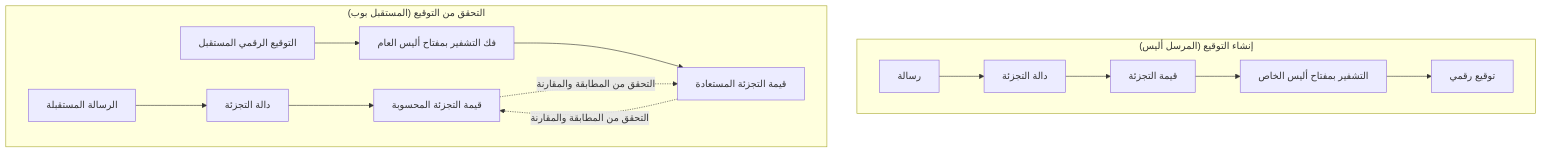
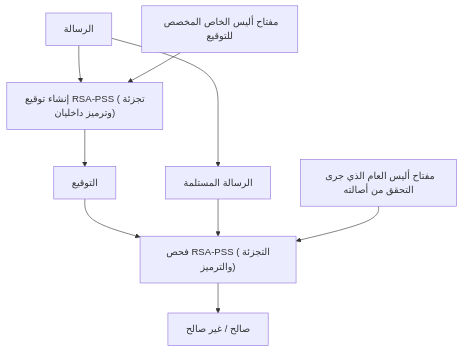
One commit to kenjinote/blog changed the second of 3 diagrams in content/post/modern-cryptography-public-key-hash-signature/index.ar.md. Above: the diagram before and after it, drawn with Mermaid. The commit also changed other lines of this file and 14 other files, not shown here.

````diff
--- a/content/post/modern-cryptography-public-key-hash-signature/index.ar.md
+++ b/content/post/modern-cryptography-public-key-hash-signature/index.ar.md
@@ -231,20 +217,11 @@
 ```mermaid
 graph TD
-    subgraph "إنشاء التوقيع (المرسل أليس)"
-        M1["رسالة"] --> H1["دالة التجزئة"]
-        H1 --> Hash1["قيمة التجزئة"]
-        Hash1 --> Sign["التشفير بمفتاح أليس الخاص"]
-        Sign --> Sig["توقيع رقمي"]
-    end
-
-    subgraph "التحقق من التوقيع (المستقبل بوب)"
-        M2["الرسالة المستقبلة"] --> H2["دالة التجزئة"]
-        H2 --> Hash2["قيمة التجزئة المحسوبة"]
-        
-        Sig2["التوقيع الرقمي المستقبل"] --> Ver["فك التشفير بمفتاح أليس العام"]
-        Ver --> Hash3["قيمة التجزئة المستعادة"]
-        
-        Hash2 -.->|"التحقق من المطابقة والمقارنة"| Hash3
-        Hash3 -.->|"التحقق من المطابقة والمقارنة"| Hash2
-    end
+    M["الرسالة"] --> S["إنشاء توقيع RSA-PSS (تجزئة وترميز داخليان)"]
+    SK["مفتاح أليس الخاص المخصص للتوقيع"] --> S
+    S --> SIG["التوقيع"]
+    M --> RM["الرسالة المستلمة"]
+    SIG --> V["فحص RSA-PSS (التجزئة والترميز)"]
+    RM --> V
+    PK["مفتاح أليس العام الذي جرى التحقق من أصالته"] --> V
+    V --> R["صالح / غير صالح"]
 ```
````
